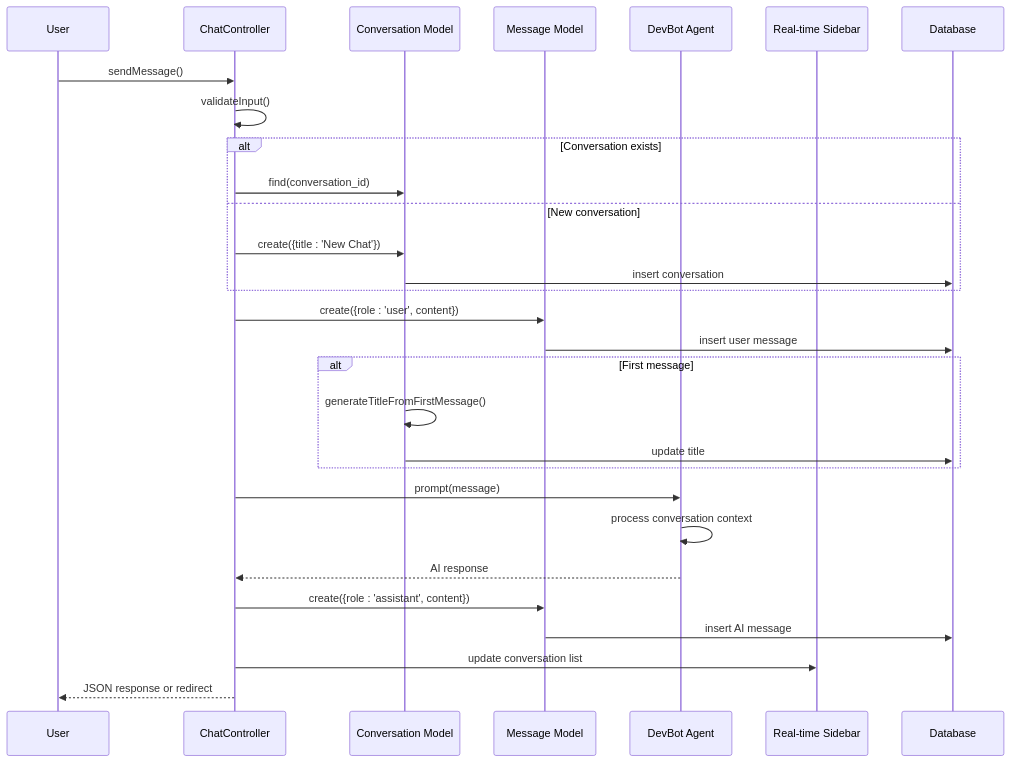
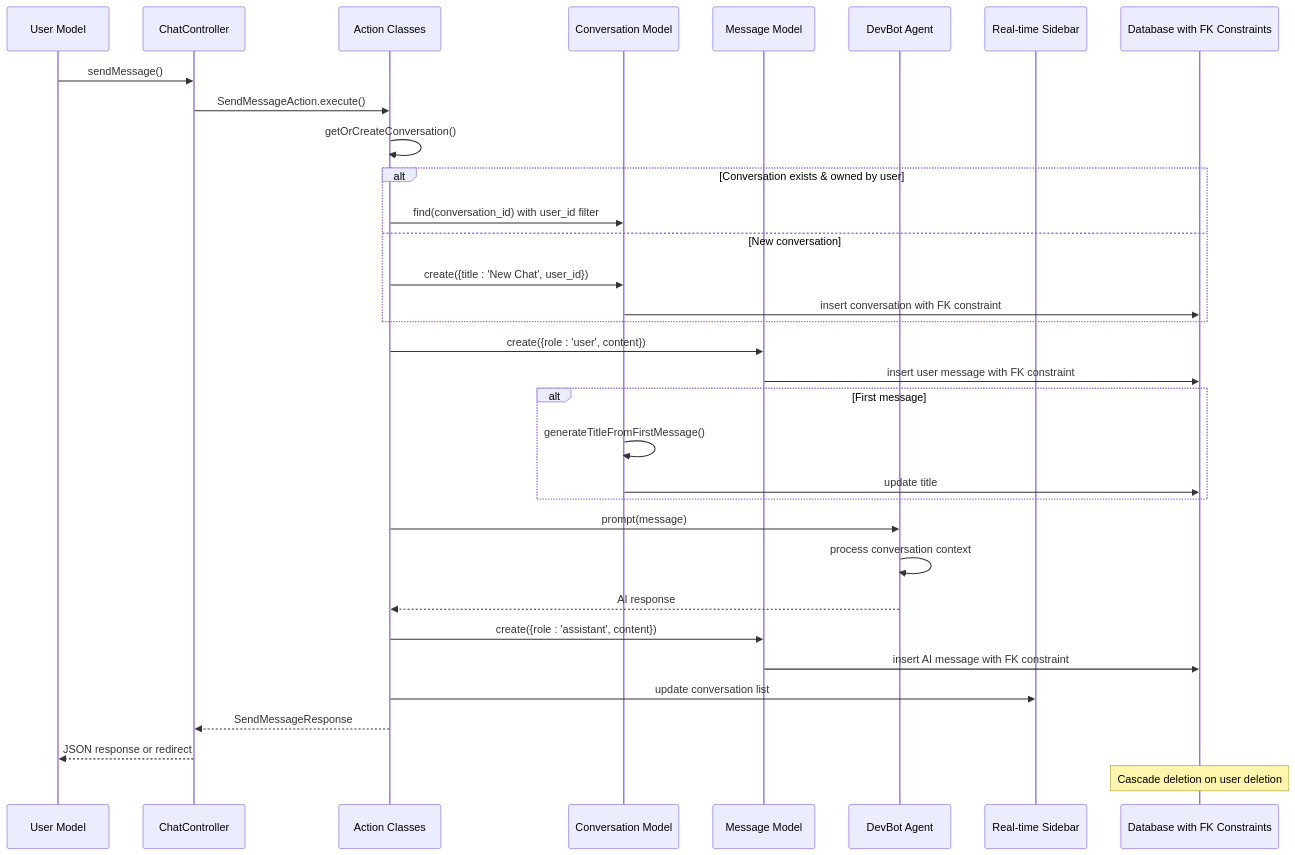
One commit to siimliimand/laravel-assistant changed the third of 8 diagrams in .qoder/repowiki/en/content/Database and Data Management/Conversation Persistence System.md. Above: the diagram before and after it, drawn with Mermaid. The commit also changed other lines of this file and 5 other files, not shown here.

````diff
--- a/.qoder/repowiki/en/content/Database and Data Management/Conversation Persistence System.md
+++ b/.qoder/repowiki/en/content/Database and Data Management/Conversation Persistence System.md
@@ -169,31 +226,36 @@
 ```mermaid
 sequenceDiagram
 participant User as User
 participant Controller as ChatController
+participant Actions as Action Classes
 participant Conversation as Conversation Model
 participant Message as Message Model
+participant User as User Model
 participant Agent as DevBot Agent
 participant Sidebar as Real-time Sidebar
-participant DB as Database
+participant DB as Database with FK Constraints
 User->>Controller : sendMessage()
-Controller->>Controller : validateInput()
-alt Conversation exists
-Controller->>Conversation : find(conversation_id)
+Controller->>Actions : SendMessageAction.execute()
+Actions->>Actions : getOrCreateConversation()
+alt Conversation exists & owned by user
+Actions->>Conversation : find(conversation_id) with user_id filter
 else New conversation
-Controller->>Conversation : create({title : 'New Chat'})
-Conversation->>DB : insert conversation
+Actions->>Conversation : create({title : 'New Chat', user_id})
+Conversation->>DB : insert conversation with FK constraint
 end
-Controller->>Message : create({role : 'user', content})
-Message->>DB : insert user message
+Actions->>Message : create({role : 'user', content})
+Message->>DB : insert user message with FK constraint
 alt First message
 Conversation->>Conversation : generateTitleFromFirstMessage()
 Conversation->>DB : update title
 end
-Controller->>Agent : prompt(message)
+Actions->>Agent : prompt(message)
 Agent->>Agent : process conversation context
-Agent-->>Controller : AI response
-Controller->>Message : create({role : 'assistant', content})
-Message->>DB : insert AI message
-Controller->>Sidebar : update conversation list
+Agent-->>Actions : AI response
+Actions->>Message : create({role : 'assistant', content})
+Message->>DB : insert AI message with FK constraint
+Actions->>Sidebar : update conversation list
+Actions-->>Controller : SendMessageResponse
 Controller-->>User : JSON response or redirect
+Note over DB : Cascade deletion on user deletion
 ```
````
